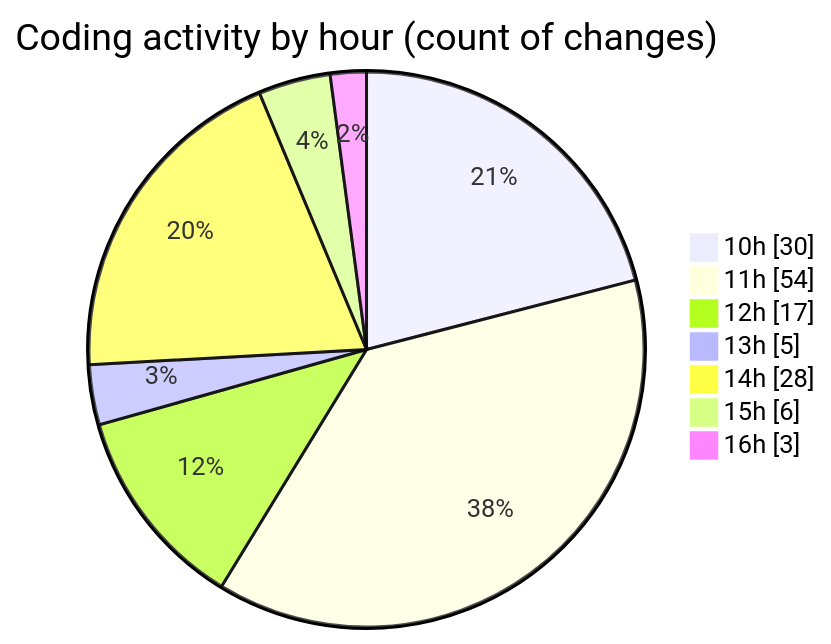
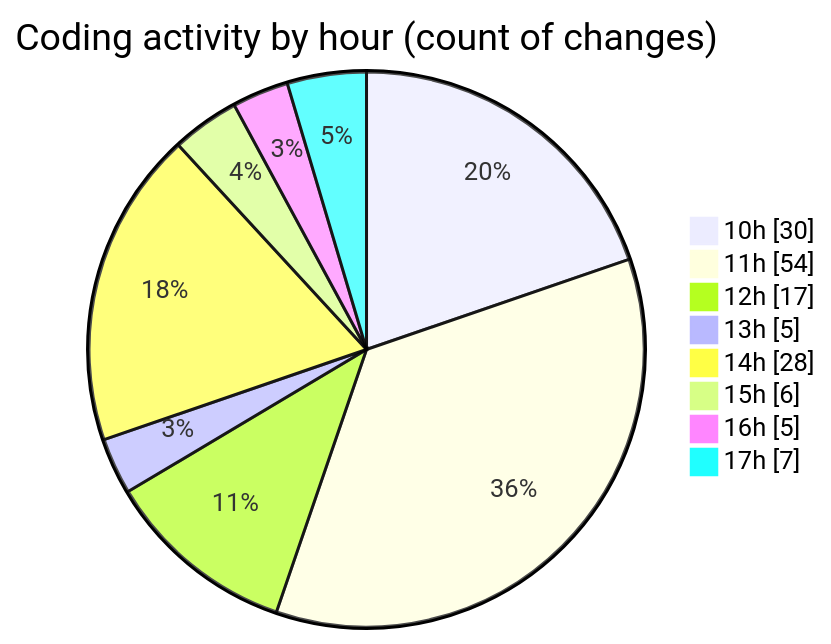
Before and after one commit to momahboobian/code-tracking: the second of 2 diagrams in 2025-05-01/cda/README.md, drawn with Mermaid. The commit also changed other lines of this file and 1 other file, not shown here.

````diff
--- a/2025-05-01/cda/README.md
+++ b/2025-05-01/cda/README.md
@@ -42,11 +42,12 @@
 ```mermaid
 pie showData
 title Coding activity by hour (count of changes)
 "10h" : 30
 "11h" : 54
 "12h" : 17
 "13h" : 5
 "14h" : 28
 "15h" : 6
-"16h" : 3
+"16h" : 5
+"17h" : 7
 ```
````
